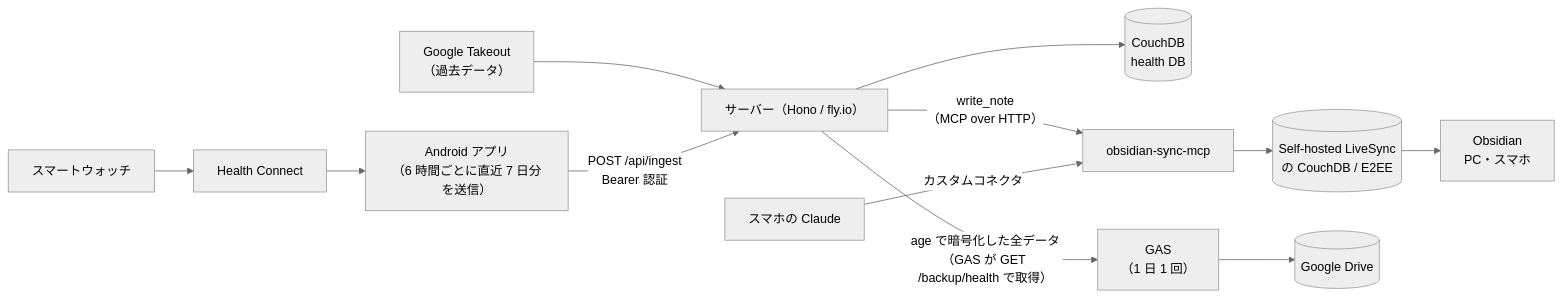
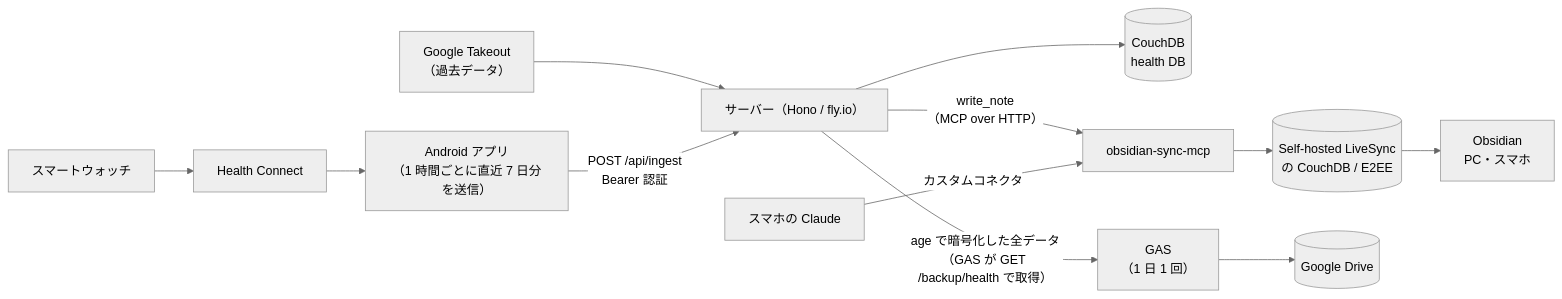
Before and after one commit to aomomo55/sync-google-health-api: the diagram in README.md, drawn with Mermaid (neutral theme). The commit also changed other lines of this file and 5 other files, not shown here.

````diff
--- a/README.md
+++ b/README.md
@@ -10,14 +10,14 @@
 ```mermaid
 flowchart LR
     W[スマートウォッチ] --> HC[Health Connect]
-    HC --> A["Android アプリ<br/>（6 時間ごとに直近 7 日分を送信）"]
+    HC --> A["Android アプリ<br/>（1 時間ごとに直近 7 日分を送信）"]
     T[Google Takeout<br/>（過去データ）] --> S
     A -- "POST /api/ingest<br/>Bearer 認証" --> S["サーバー（Hono / fly.io）"]
     S --> DB[(CouchDB<br/>health DB)]
     S -- "write_note<br/>（MCP over HTTP）" --> M[obsidian-sync-mcp]
     M --> V[(Self-hosted LiveSync<br/>の CouchDB / E2EE)]
     V --> O[Obsidian<br/>PC・スマホ]
     C[スマホの Claude] -- カスタムコネクタ --> M
     S -- "age で暗号化した全データ<br/>（GAS が GET /backup/health で取得）" --> G["GAS<br/>（1 日 1 回）"]
     G --> D[(Google Drive)]
 ```
````
